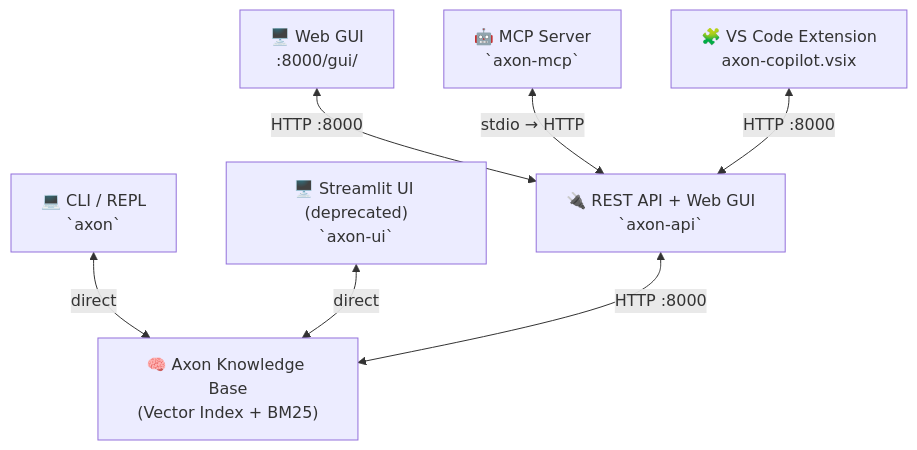
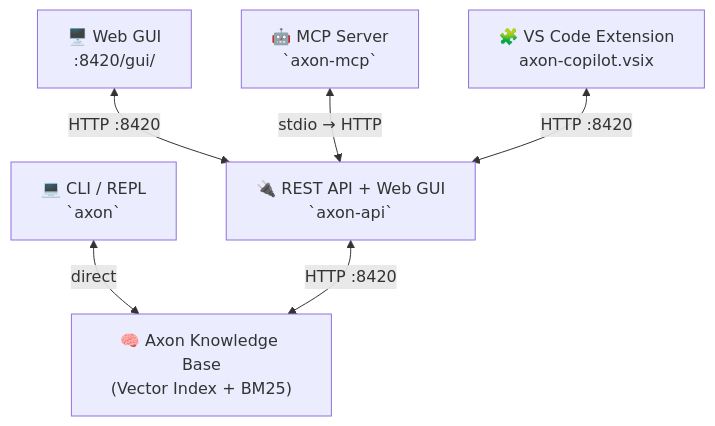
The diagram in docs/assets/diagrams/entry-points.mmd (jyunming/Axon), drawn with Mermaid before and after one commit. The commit also changed 39 other files, not shown here.

```diff
--- a/docs/assets/diagrams/entry-points.mmd
+++ b/docs/assets/diagrams/entry-points.mmd
@@ -1,16 +1,14 @@
 flowchart TB
     KB["🧠 Axon Knowledge Base\n(Vector Index + BM25)"]
 
     REPL["💻 CLI / REPL\n`axon`"]
-    UI["🖥️ Streamlit UI (deprecated)\n`axon-ui`"]
     API["🔌 REST API + Web GUI\n`axon-api`"]
-    GUI["🖥️ Web GUI\n:8000/gui/"]
+    GUI["🖥️ Web GUI\n:8420/gui/"]
     MCP["🤖 MCP Server\n`axon-mcp`"]
     EXT["🧩 VS Code Extension\naxon-copilot.vsix"]
 
     REPL <-->|direct| KB
-    UI <-->|direct| KB
-    API <-->|HTTP :8000| KB
-    GUI <-->|HTTP :8000| API
+    API <-->|HTTP :8420| KB
+    GUI <-->|HTTP :8420| API
     MCP <-->|stdio → HTTP| API
-    EXT <-->|HTTP :8000| API
+    EXT <-->|HTTP :8420| API
```
